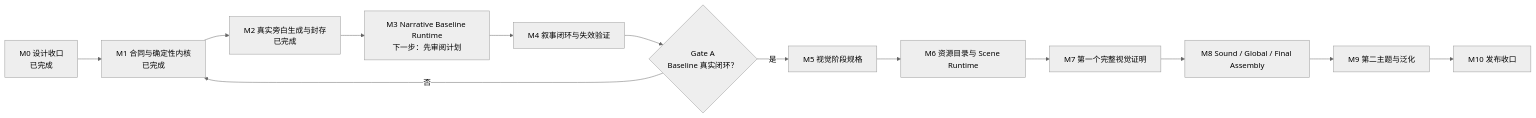
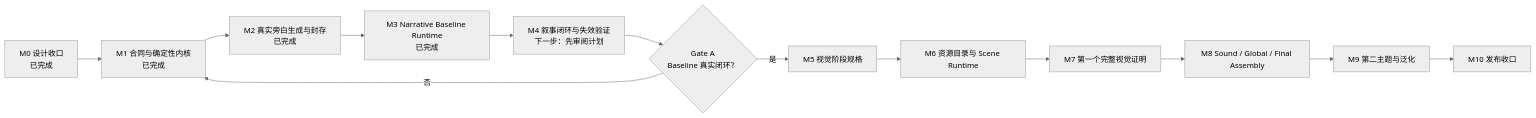
The diagram in docs/ROADMAP.md (AXMORF/axmorf-studio), drawn with Mermaid (neutral theme) before and after one commit. The commit also changed other lines of this file and 10 other files, not shown here.

Commit message:
docs: close M3 narrative baseline milestone

````diff
--- a/docs/ROADMAP.md
+++ b/docs/ROADMAP.md
@@ -43,15 +43,15 @@
 ```mermaid
 flowchart LR
     M0["M0 设计收口<br/>已完成"] --> M1["M1 合同与确定性内核<br/>已完成"]
     M1 --> M2["M2 真实旁白生成与封存<br/>已完成"]
-    M2 --> M3["M3 Narrative Baseline Runtime<br/>下一步：先审阅计划"]
-    M3 --> M4["M4 叙事闭环与失效验证"]
+    M2 --> M3["M3 Narrative Baseline Runtime<br/>已完成"]
+    M3 --> M4["M4 叙事闭环与失效验证<br/>下一步：先审阅计划"]
     M4 --> G1{"Gate A<br/>Baseline 真实闭环？"}
     G1 -->|"是"| M5["M5 视觉阶段规格"]
     G1 -->|"否"| M1
     M5 --> M6["M6 资源目录与 Scene Runtime"]
     M6 --> M7["M7 第一个完整视觉证明"]
     M7 --> M8["M8 Sound / Global / Final Assembly"]
     M8 --> M9["M9 第二主题与泛化"]
     M9 --> M10["M10 发布收口"]
 ```
````
